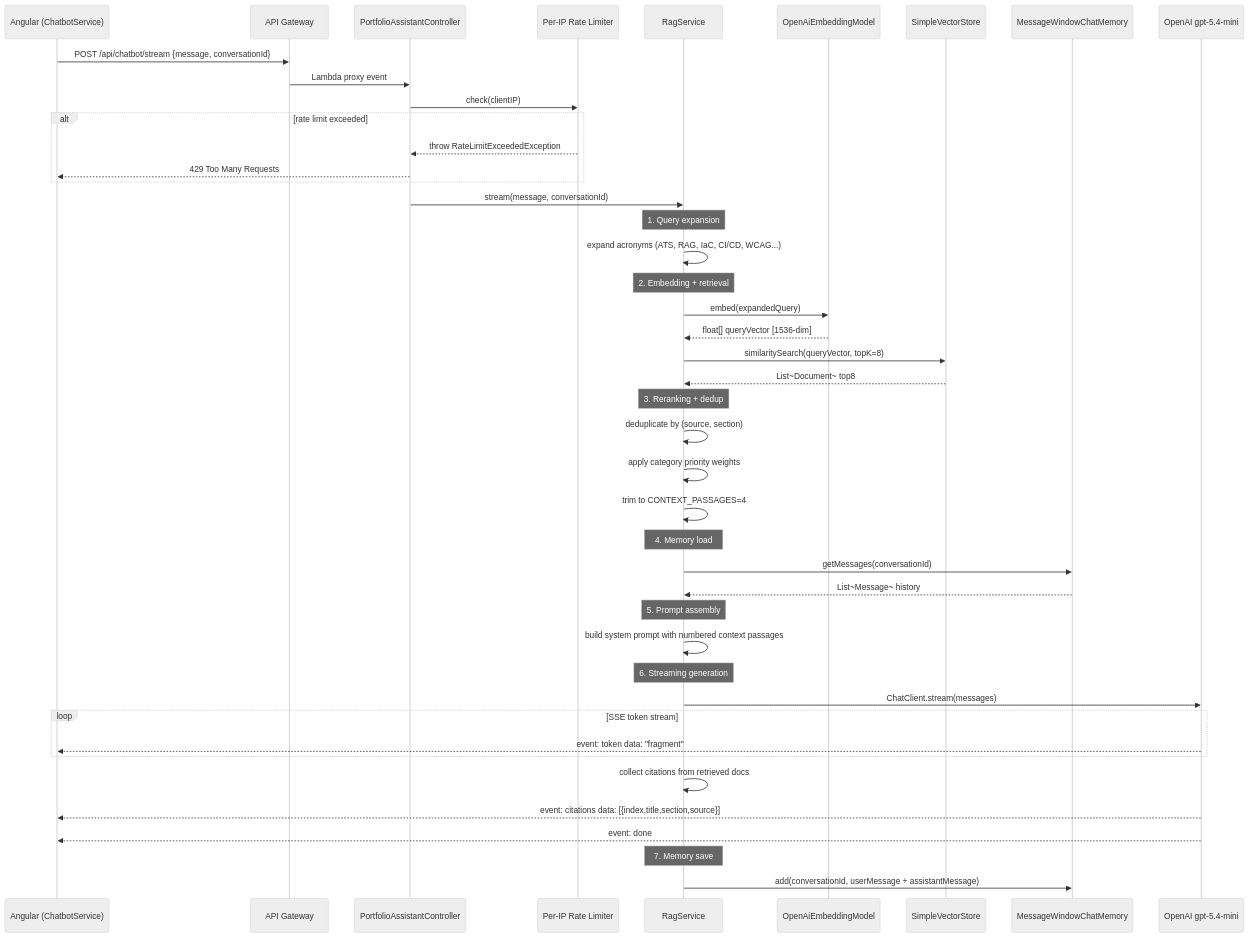
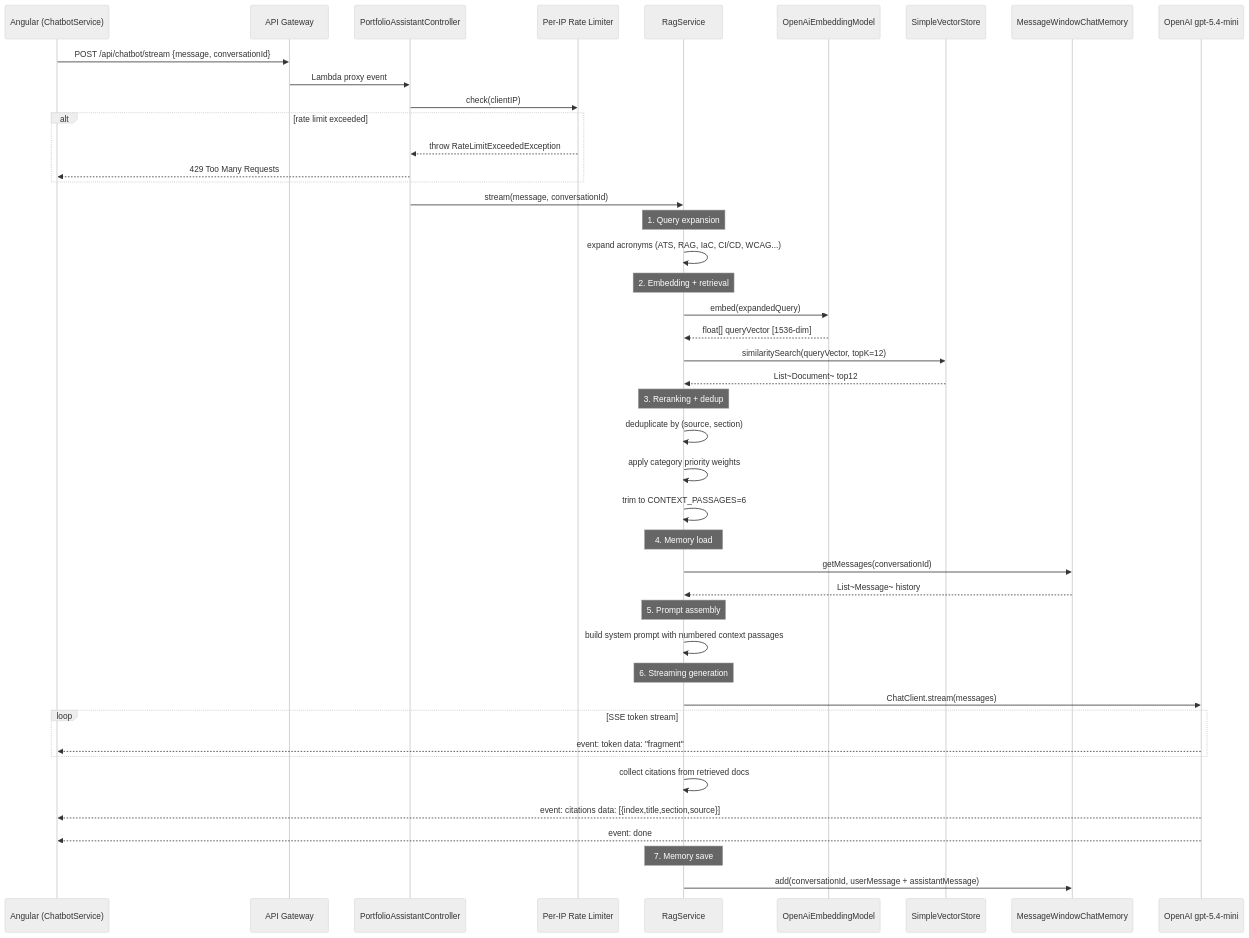
Diagram 11 of 11 in docs/UML_DIAGRAMS.md (clark22134/MyPortfolioWebsite), drawn with Mermaid (neutral theme) before and after one commit. The commit also changed 39 other files, not shown here.

````diff
--- a/docs/UML_DIAGRAMS.md
+++ b/docs/UML_DIAGRAMS.md
@@ -1082,58 +1082,58 @@
 ```mermaid
 sequenceDiagram
     participant Angular as Angular (ChatbotService)
     participant APIGW as API Gateway
     participant Ctrl as PortfolioAssistantController
     participant RateLim as Per-IP Rate Limiter
     participant Rag as RagService
     participant Embed as OpenAiEmbeddingModel
     participant VS as SimpleVectorStore
     participant Mem as MessageWindowChatMemory
     participant OpenAI as OpenAI gpt-5.4-mini
 
     Angular->>APIGW: POST /api/chatbot/stream {message, conversationId}
     APIGW->>Ctrl: Lambda proxy event
 
     Ctrl->>RateLim: check(clientIP)
     alt rate limit exceeded
         RateLim-->>Ctrl: throw RateLimitExceededException
         Ctrl-->>Angular: 429 Too Many Requests
     end
 
     Ctrl->>Rag: stream(message, conversationId)
 
     Note over Rag: 1. Query expansion
     Rag->>Rag: expand acronyms (ATS, RAG, IaC, CI/CD, WCAG...)
 
     Note over Rag: 2. Embedding + retrieval
     Rag->>Embed: embed(expandedQuery)
     Embed-->>Rag: float[] queryVector [1536-dim]
-    Rag->>VS: similaritySearch(queryVector, topK=8)
-    VS-->>Rag: List~Document~ top8
+    Rag->>VS: similaritySearch(queryVector, topK=12)
+    VS-->>Rag: List~Document~ top12
 
     Note over Rag: 3. Reranking + dedup
     Rag->>Rag: deduplicate by (source, section)
     Rag->>Rag: apply category priority weights
-    Rag->>Rag: trim to CONTEXT_PASSAGES=4
+    Rag->>Rag: trim to CONTEXT_PASSAGES=6
 
     Note over Rag: 4. Memory load
     Rag->>Mem: getMessages(conversationId)
     Mem-->>Rag: List~Message~ history
 
     Note over Rag: 5. Prompt assembly
     Rag->>Rag: build system prompt with numbered context passages
 
     Note over Rag: 6. Streaming generation
     Rag->>OpenAI: ChatClient.stream(messages)
 
     loop SSE token stream
         OpenAI-->>Angular: event: token  data: "fragment"
     end
 
     Rag->>Rag: collect citations from retrieved docs
     OpenAI-->>Angular: event: citations  data: [{index,title,section,source}]
     OpenAI-->>Angular: event: done
 
     Note over Rag: 7. Memory save
     Rag->>Mem: add(conversationId, userMessage + assistantMessage)
 ```
````
